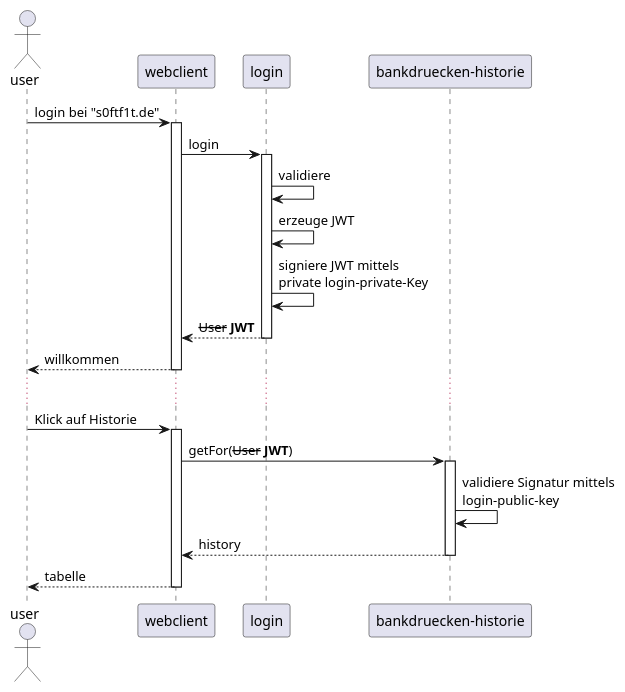
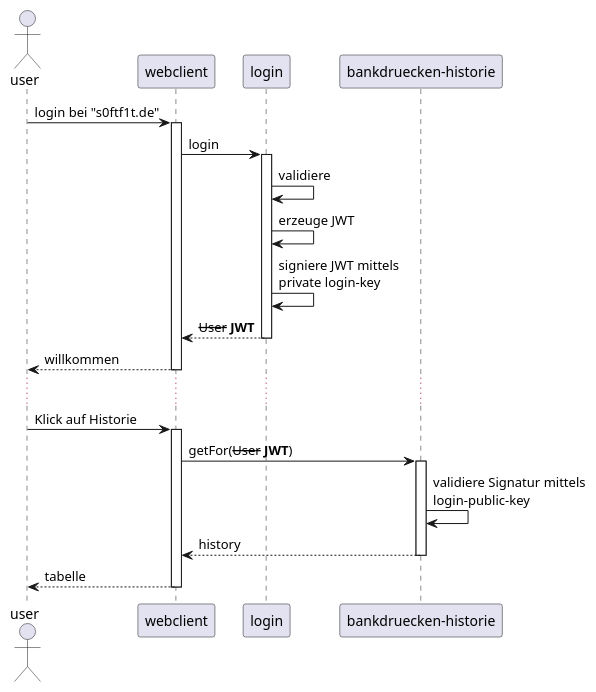
One commit to gaerfield/2021-08-oauth2-talk changed the fourth of 5 diagrams in 2_JWT.md. Above: the diagram before and after it, drawn with PlantUML. The commit also changed other lines of this file and 1 other file, not shown here.

````diff
--- a/2_JWT.md
+++ b/2_JWT.md
@@ -98,20 +100,20 @@
 ```puml
 actor user
 participant "webclient"
 participant "login"
 participant "bankdruecken-historie" as his
 
 user -> webclient++ : login bei "s0ftf1t.de"
 webclient -> login++ : login
 login -> login : validiere
 login -> login : erzeuge JWT
-login -> login : signiere JWT mittels\nprivate login-private-Key
+login -> login : signiere JWT mittels\nprivate login-key
 return --User-- **JWT**
 return willkommen
 ...
 user -> webclient++ : Klick auf Historie
 webclient -> his++ : getFor(--User-- **JWT**)
 his -> his : validiere Signatur mittels\nlogin-public-key
 return history
 return tabelle
 ```
````
